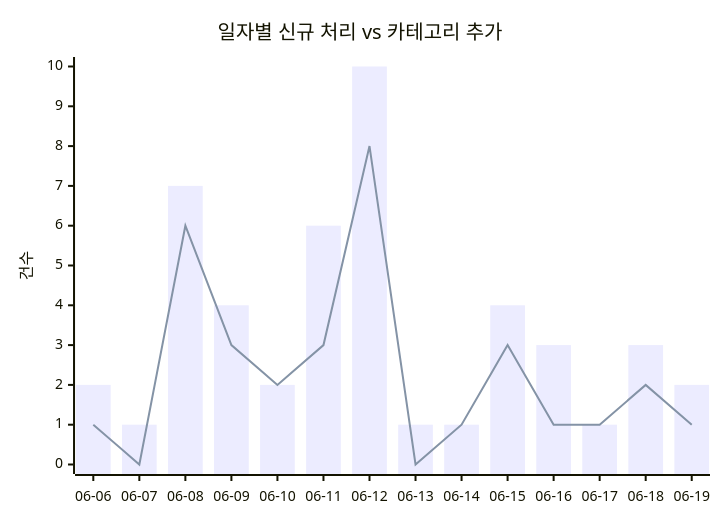
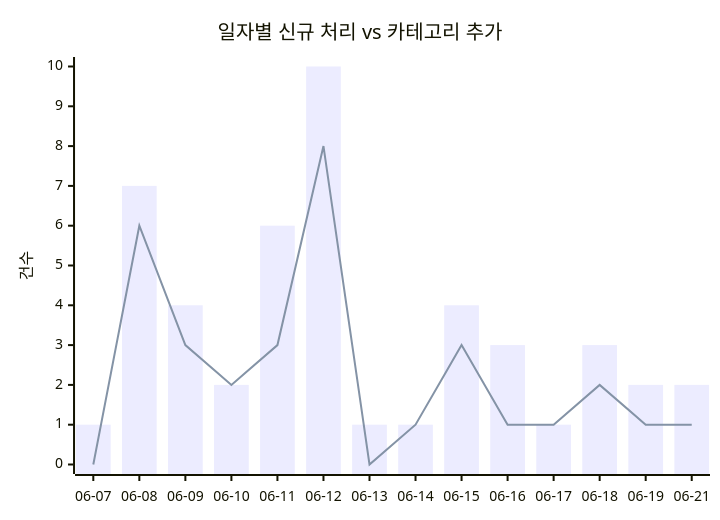
One commit to J-nowcow/awesome-korean-agent-skills changed the first of 2 diagrams in docs/trends.md. Above: the diagram before and after it, drawn with Mermaid. The commit also changed other lines of this file and 4 other files, not shown here.

````diff
--- a/docs/trends.md
+++ b/docs/trends.md
@@ -32,8 +32,8 @@
 ```mermaid
 xychart-beta
     title "일자별 신규 처리 vs 카테고리 추가"
-    x-axis ["06-06","06-07","06-08","06-09","06-10","06-11","06-12","06-13","06-14","06-15","06-16","06-17","06-18","06-19"]
+    x-axis ["06-07","06-08","06-09","06-10","06-11","06-12","06-13","06-14","06-15","06-16","06-17","06-18","06-19","06-21"]
     y-axis "건수"
-    bar [2,1,7,4,2,6,10,1,1,4,3,1,3,2]
-    line [1,0,6,3,2,3,8,0,1,3,1,1,2,1]
+    bar [1,7,4,2,6,10,1,1,4,3,1,3,2,2]
+    line [0,6,3,2,3,8,0,1,3,1,1,2,1,1]
 ```
````
